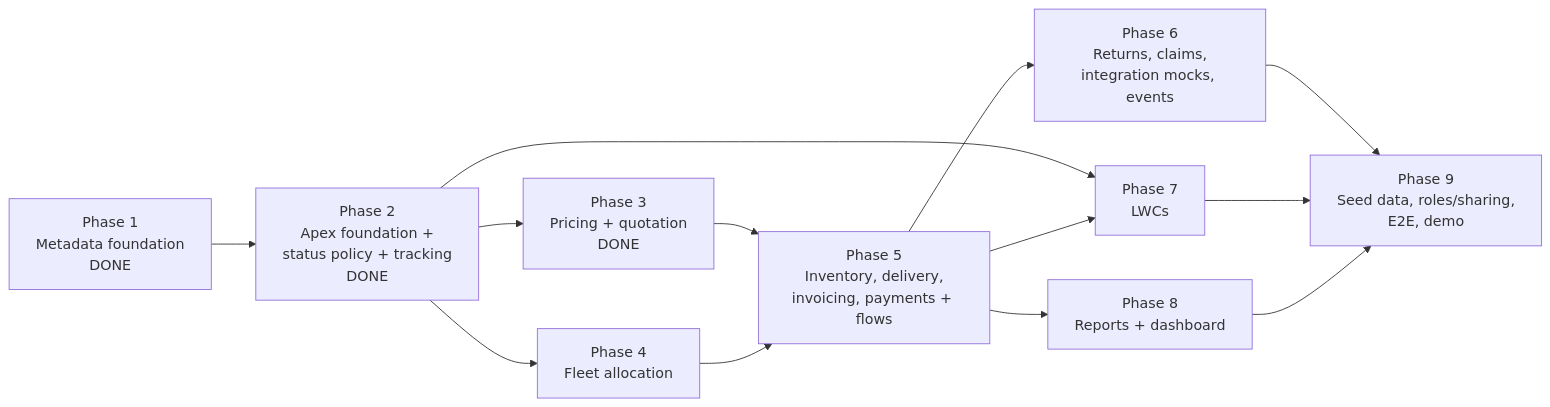
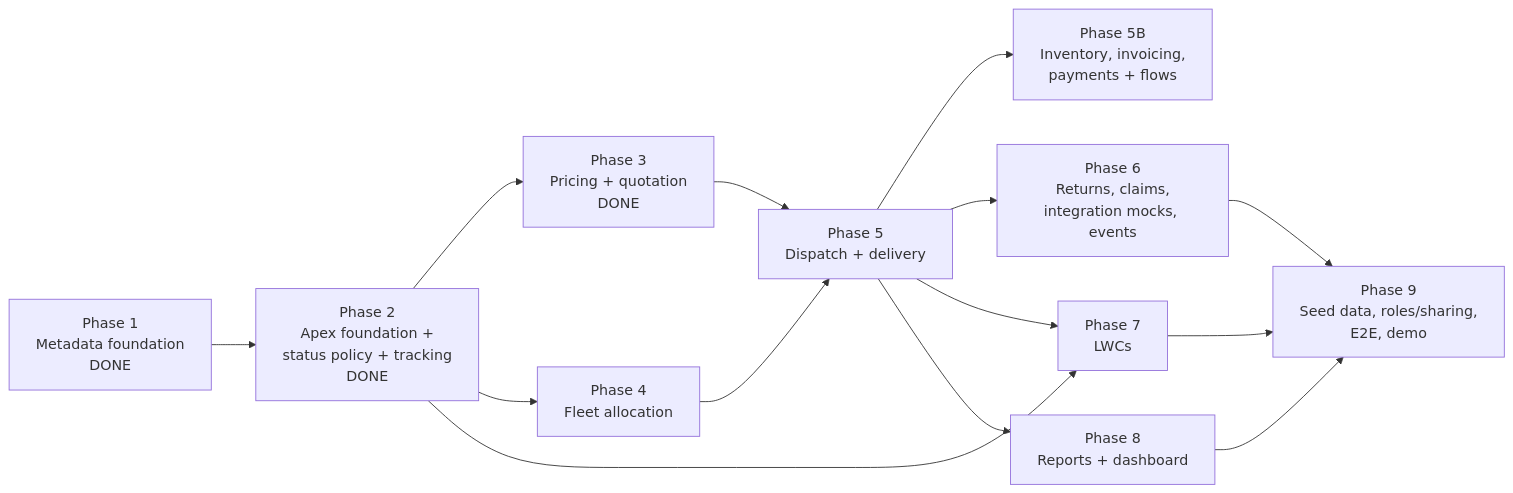
Before and after one commit to roopan78/eLogix: the second of 2 diagrams in docs/SOLUTION_ARCHITECTURE.md, drawn with Mermaid. The commit also changed 95 other files, not shown here.

````diff
--- a/docs/SOLUTION_ARCHITECTURE.md
+++ b/docs/SOLUTION_ARCHITECTURE.md
@@ -136,15 +136,16 @@
 ```mermaid
 flowchart LR
     P1[Phase 1<br/>Metadata foundation<br/>DONE] --> P2[Phase 2<br/>Apex foundation +<br/>status policy + tracking<br/>DONE]
     P2 --> P3[Phase 3<br/>Pricing + quotation<br/>DONE]
     P2 --> P4[Phase 4<br/>Fleet allocation]
-    P3 --> P5[Phase 5<br/>Inventory, delivery,<br/>invoicing, payments + flows]
+    P3 --> P5[Phase 5<br/>Dispatch + delivery]
     P4 --> P5
+    P5 --> P5B[Phase 5B<br/>Inventory, invoicing,<br/>payments + flows]
     P5 --> P6[Phase 6<br/>Returns, claims,<br/>integration mocks, events]
     P2 --> P7[Phase 7<br/>LWCs]
     P5 --> P7
     P5 --> P8[Phase 8<br/>Reports + dashboard]
     P6 --> P9[Phase 9<br/>Seed data, roles/sharing,<br/>E2E, demo]
     P7 --> P9
     P8 --> P9
 ```
````
